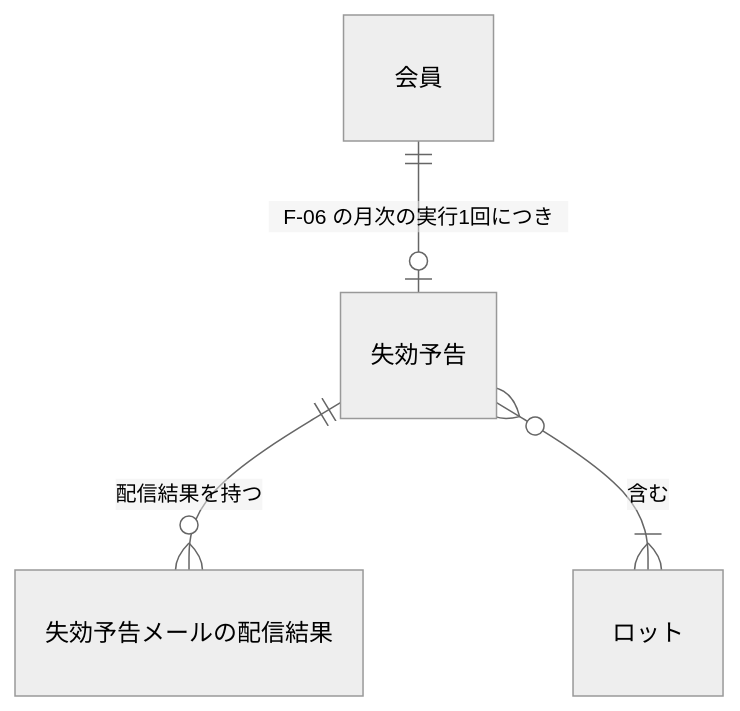
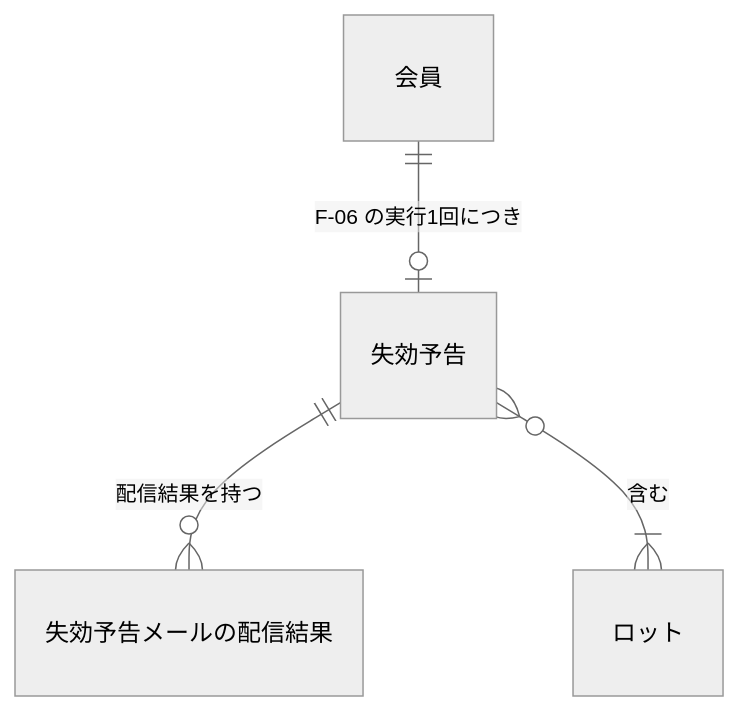
One commit to kasiopeiya/claude-dev-template changed the third of 7 diagrams in samples/docs/requirements.md. Above: the diagram before and after it, drawn with Mermaid (neutral theme). The commit also changed other lines of this file and 2 other files, not shown here.

````diff
--- a/samples/docs/requirements.md
+++ b/samples/docs/requirements.md
@@ -310,10 +310,10 @@
 ```mermaid
 erDiagram
     MEMBER["会員"]
     NOTICE["失効予告"]
     RESULT["失効予告メールの配信結果"]
     LOT["ロット"]
-    MEMBER ||--o| NOTICE : "F-06 の月次の実行1回につき"
+    MEMBER ||--o| NOTICE : "F-06 の実行1回につき"
     NOTICE ||--o{ RESULT : 配信結果を持つ
     NOTICE }o--|{ LOT : 含む
 ```
````
